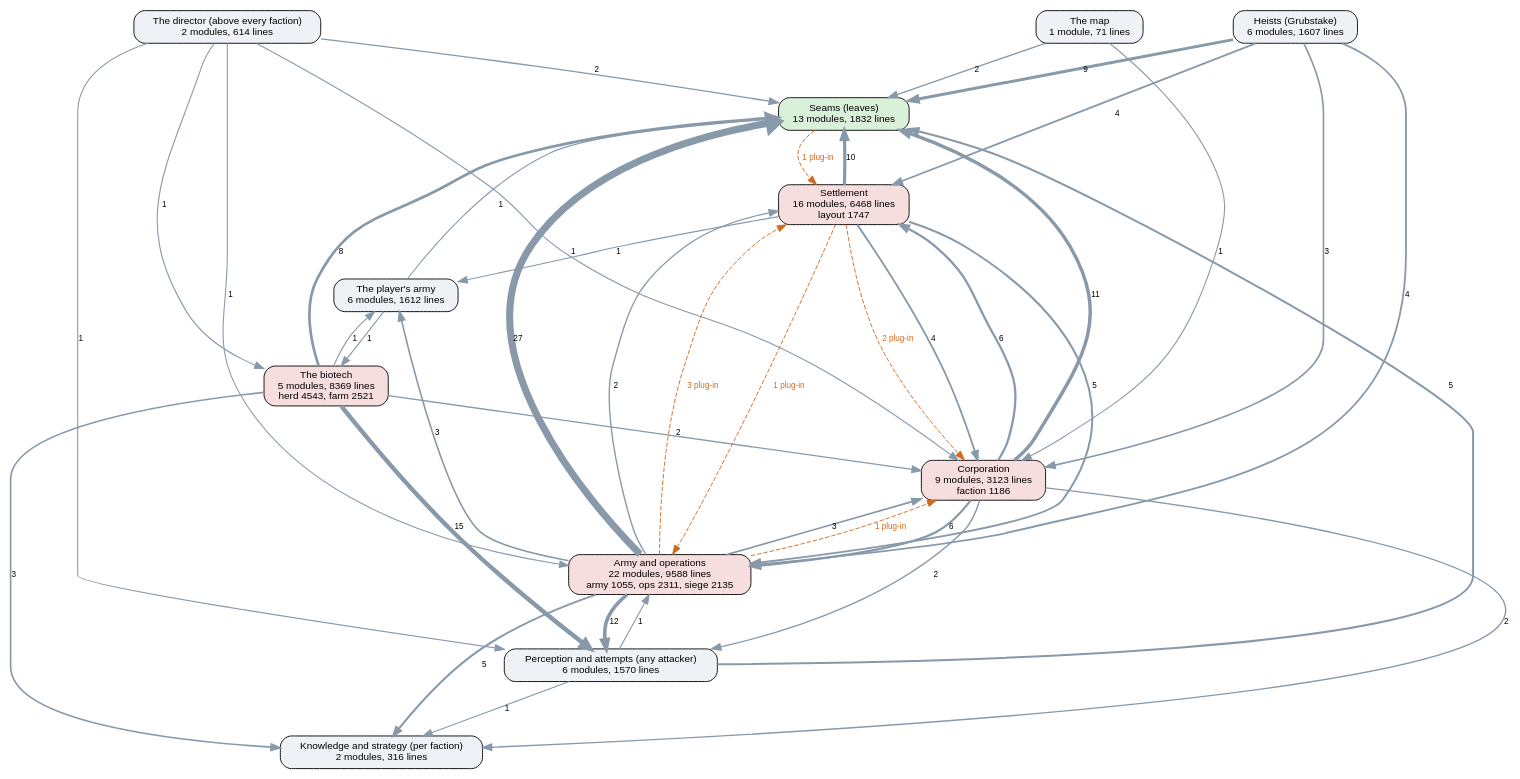
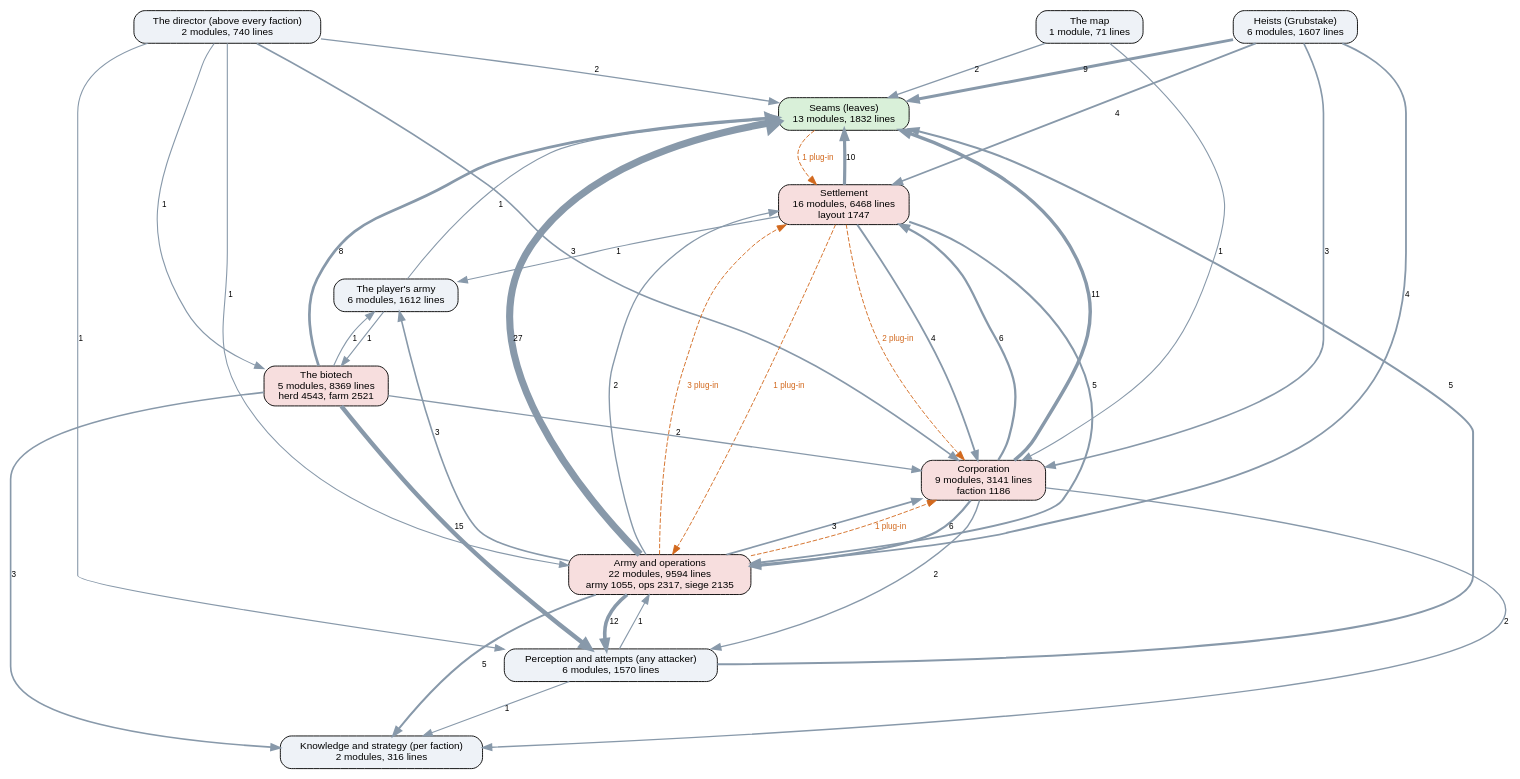
The diagram in docs/ai-layers.dot (kinelhu/landing-party), drawn with Graphviz before and after one commit. The commit also changed 17 other files, not shown here.

```diff
--- a/docs/ai-layers.dot
+++ b/docs/ai-layers.dot
@@ -1,57 +1,57 @@
 digraph layers {
   graph [rankdir=TB, fontname="Helvetica", nodesep=0.5, ranksep=0.7];
   node [shape=box, style="rounded,filled", fontname="Helvetica", fontsize=11, fillcolor="#eef2f7"];
   edge [color="#8899aa", fontname="Helvetica", fontsize=9];
   "Seams (leaves)" [label="Seams (leaves)\n13 modules, 1832 lines", fillcolor="#d9f0d9"];
   "Perception and attempts (any attacker)" [label="Perception and attempts (any attacker)\n6 modules, 1570 lines", fillcolor="#eef2f7"];
   "Knowledge and strategy (per faction)" [label="Knowledge and strategy (per faction)\n2 modules, 316 lines", fillcolor="#eef2f7"];
-  "The director (above every faction)" [label="The director (above every faction)\n2 modules, 614 lines", fillcolor="#eef2f7"];
-  "Corporation" [label="Corporation\n9 modules, 3123 lines\nfaction 1186", fillcolor="#f7dede"];
+  "The director (above every faction)" [label="The director (above every faction)\n2 modules, 740 lines", fillcolor="#eef2f7"];
+  "Corporation" [label="Corporation\n9 modules, 3141 lines\nfaction 1186", fillcolor="#f7dede"];
   "Settlement" [label="Settlement\n16 modules, 6468 lines\nlayout 1747", fillcolor="#f7dede"];
-  "Army and operations" [label="Army and operations\n22 modules, 9588 lines\narmy 1055, ops 2311, siege 2135", fillcolor="#f7dede"];
+  "Army and operations" [label="Army and operations\n22 modules, 9594 lines\narmy 1055, ops 2317, siege 2135", fillcolor="#f7dede"];
   "Heists (Grubstake)" [label="Heists (Grubstake)\n6 modules, 1607 lines", fillcolor="#eef2f7"];
   "The biotech" [label="The biotech\n5 modules, 8369 lines\nherd 4543, farm 2521", fillcolor="#f7dede"];
   "The map" [label="The map\n1 module, 71 lines", fillcolor="#eef2f7"];
   "The player's army" [label="The player's army\n6 modules, 1612 lines", fillcolor="#eef2f7"];
   "Army and operations" -> "Corporation" [label="3", penwidth=1.8];
   "Army and operations" -> "Knowledge and strategy (per faction)" [label="5", penwidth=2.2];
   "Army and operations" -> "Perception and attempts (any attacker)" [label="12", penwidth=4.0];
   "Army and operations" -> "Seams (leaves)" [label="27", penwidth=7.8];
   "Army and operations" -> "Settlement" [label="2", penwidth=1.5];
   "Army and operations" -> "The player's army" [label="3", penwidth=1.8];
   "Corporation" -> "Army and operations" [label="6", penwidth=2.5];
   "Corporation" -> "Knowledge and strategy (per faction)" [label="2", penwidth=1.5];
   "Corporation" -> "Perception and attempts (any attacker)" [label="2", penwidth=1.5];
   "Corporation" -> "Seams (leaves)" [label="11", penwidth=3.8];
   "Corporation" -> "Settlement" [label="6", penwidth=2.5];
   "Heists (Grubstake)" -> "Army and operations" [label="4", penwidth=2.0];
   "Heists (Grubstake)" -> "Corporation" [label="3", penwidth=1.8];
   "Heists (Grubstake)" -> "Seams (leaves)" [label="9", penwidth=3.2];
   "Heists (Grubstake)" -> "Settlement" [label="4", penwidth=2.0];
   "Perception and attempts (any attacker)" -> "Army and operations" [label="1", penwidth=1.2];
   "Perception and attempts (any attacker)" -> "Knowledge and strategy (per faction)" [label="1", penwidth=1.2];
   "Perception and attempts (any attacker)" -> "Seams (leaves)" [label="5", penwidth=2.2];
   "Settlement" -> "Army and operations" [label="5", penwidth=2.2];
   "Settlement" -> "Corporation" [label="4", penwidth=2.0];
   "Settlement" -> "Seams (leaves)" [label="10", penwidth=3.5];
   "Settlement" -> "The player's army" [label="1", penwidth=1.2];
   "The biotech" -> "Corporation" [label="2", penwidth=1.5];
   "The biotech" -> "Knowledge and strategy (per faction)" [label="3", penwidth=1.8];
   "The biotech" -> "Perception and attempts (any attacker)" [label="15", penwidth=4.8];
   "The biotech" -> "Seams (leaves)" [label="8", penwidth=3.0];
   "The biotech" -> "The player's army" [label="1", penwidth=1.2];
   "The director (above every faction)" -> "Army and operations" [label="1", penwidth=1.2];
-  "The director (above every faction)" -> "Corporation" [label="1", penwidth=1.2];
+  "The director (above every faction)" -> "Corporation" [label="3", penwidth=1.8];
   "The director (above every faction)" -> "Perception and attempts (any attacker)" [label="1", penwidth=1.2];
   "The director (above every faction)" -> "Seams (leaves)" [label="2", penwidth=1.5];
   "The director (above every faction)" -> "The biotech" [label="1", penwidth=1.2];
   "The map" -> "Corporation" [label="1", penwidth=1.2];
   "The map" -> "Seams (leaves)" [label="2", penwidth=1.5];
   "The player's army" -> "Seams (leaves)" [label="1", penwidth=1.2];
   "The player's army" -> "The biotech" [label="1", penwidth=1.2];
   "Army and operations" -> "Corporation" [style=dashed, color="#d2691e", fontcolor="#d2691e", label="1 plug-in"];
   "Army and operations" -> "Settlement" [style=dashed, color="#d2691e", fontcolor="#d2691e", label="3 plug-in"];
   "Seams (leaves)" -> "Settlement" [style=dashed, color="#d2691e", fontcolor="#d2691e", label="1 plug-in"];
   "Settlement" -> "Army and operations" [style=dashed, color="#d2691e", fontcolor="#d2691e", label="1 plug-in"];
   "Settlement" -> "Corporation" [style=dashed, color="#d2691e", fontcolor="#d2691e", label="2 plug-in"];
 }
```
